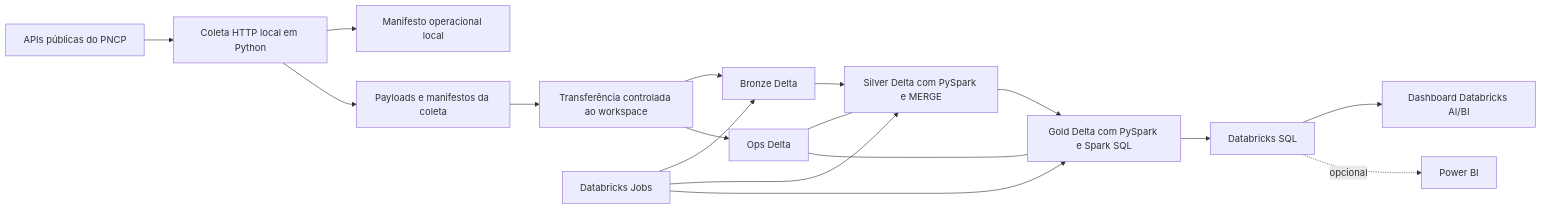
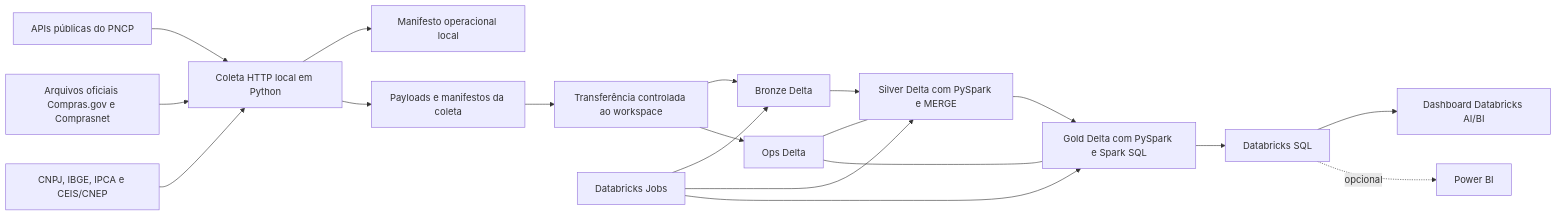
One commit to victorhobdev/RastroPublico changed the first of 2 diagrams in docs/03-arquitetura-e-operacao.md. Above: the diagram before and after it, drawn with Mermaid. The commit also changed other lines of this file and 3 other files, not shown here.

````diff
--- a/docs/03-arquitetura-e-operacao.md
+++ b/docs/03-arquitetura-e-operacao.md
@@ -18,19 +18,21 @@
 ```mermaid
 flowchart LR
     PNCP["APIs públicas do PNCP"] --> COLETA["Coleta HTTP local em Python"]
+    CSV["Arquivos oficiais Compras.gov e Comprasnet"] --> COLETA
+    ENR["CNPJ, IBGE, IPCA e CEIS/CNEP"] --> COLETA
     COLETA --> OPSLOCAL["Manifesto operacional local"]
     COLETA --> ARQUIVOS["Payloads e manifestos da coleta"]
     ARQUIVOS --> ENVIO["Transferência controlada ao workspace"]
     ENVIO --> BRONZE["Bronze Delta"]
     ENVIO --> OPS["Ops Delta"]
     BRONZE --> SILVER["Silver Delta com PySpark e MERGE"]
     SILVER --> GOLD["Gold Delta com PySpark e Spark SQL"]
     GOLD --> DBSQL["Databricks SQL"]
     DBSQL --> DASH["Dashboard Databricks AI/BI"]
     DBSQL -. opcional .-> PBI["Power BI"]
     JOBS["Databricks Jobs"] --> BRONZE
     JOBS --> SILVER
     JOBS --> GOLD
     OPS --- SILVER
     OPS --- GOLD
 ```
````
